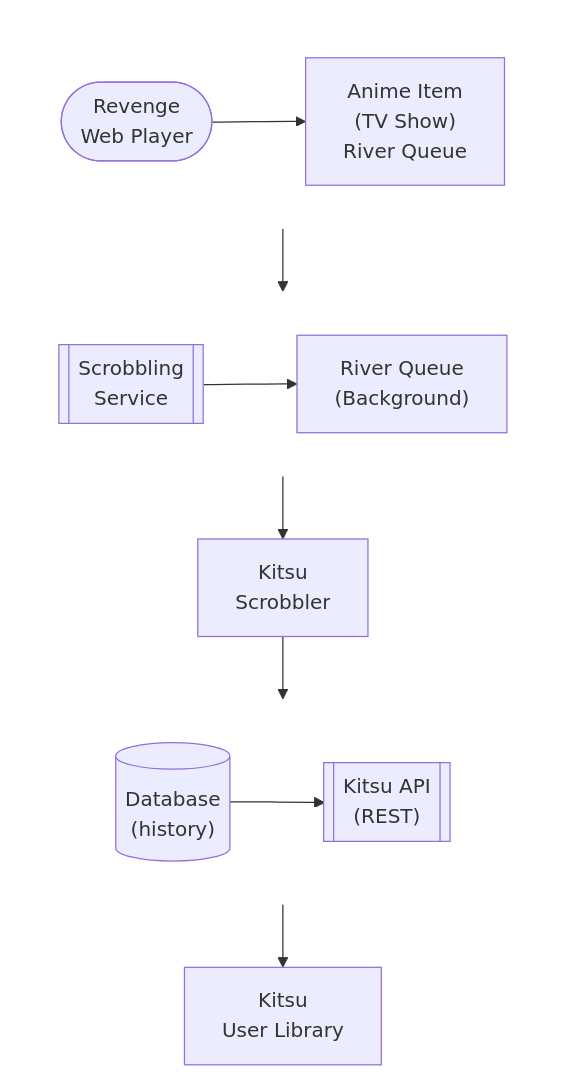
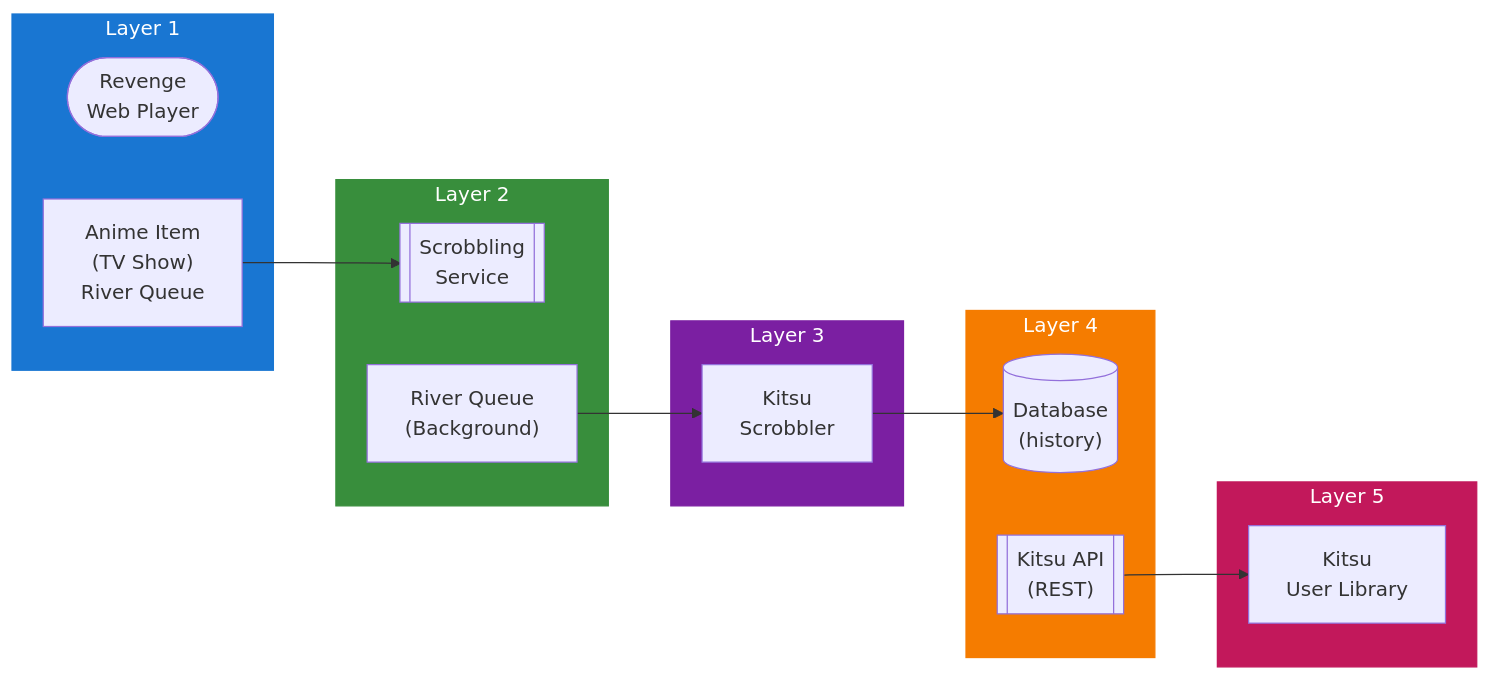
One commit to lusoris/revenge changed the diagram in docs/dev/design/integrations/anime/KITSU.md. Above: the diagram before and after it, drawn with Mermaid. The commit also changed 215 other files, not shown here.

First line of the commit message:
feat(diagrams): convert all ASCII diagrams to Mermaid with LR subgraphs

````diff
--- a/docs/dev/design/integrations/anime/KITSU.md
+++ b/docs/dev/design/integrations/anime/KITSU.md
@@ -65,32 +65,38 @@
 ```mermaid
-flowchart TD
-    subgraph row1[ ]
-        direction LR
+flowchart LR
+    subgraph Layer1["Layer 1"]
         node1(["Revenge<br/>Web Player"])
         node2["Anime Item<br/>(TV Show)<br/>River Queue"]
     end
-    subgraph row2[ ]
-        direction LR
+
+    subgraph Layer2["Layer 2"]
         node3[["Scrobbling<br/>Service"]]
         node4["River Queue<br/>(Background)"]
     end
-    node5["Kitsu<br/>Scrobbler"]
-    subgraph row3[ ]
-        direction LR
+
+    subgraph Layer3["Layer 3"]
+        node5["Kitsu<br/>Scrobbler"]
+    end
+
+    subgraph Layer4["Layer 4"]
         node6[("Database<br/>(history)")]
         node7[["Kitsu API<br/>(REST)"]]
     end
-    node8["Kitsu<br/>User Library"]
-    node1 --> node2
-    node3 --> node4
-    node6 --> node7
+
+    subgraph Layer5["Layer 5"]
+        node8["Kitsu<br/>User Library"]
+    end
+
+    %% Connections
     node2 --> node3
     node4 --> node5
     node5 --> node6
     node7 --> node8
 
-    %% Hide row subgraph borders
-    style row1 fill:transparent,stroke:transparent
-    style row2 fill:transparent,stroke:transparent
-    style row3 fill:transparent,stroke:transparent
+    %% Styling
+    style Layer1 fill:#1976D2,stroke:#1976D2,color:#fff
+    style Layer2 fill:#388E3C,stroke:#388E3C,color:#fff
+    style Layer3 fill:#7B1FA2,stroke:#7B1FA2,color:#fff
+    style Layer4 fill:#F57C00,stroke:#F57C00,color:#fff
+    style Layer5 fill:#C2185B,stroke:#C2185B,color:#fff
 ```
````
